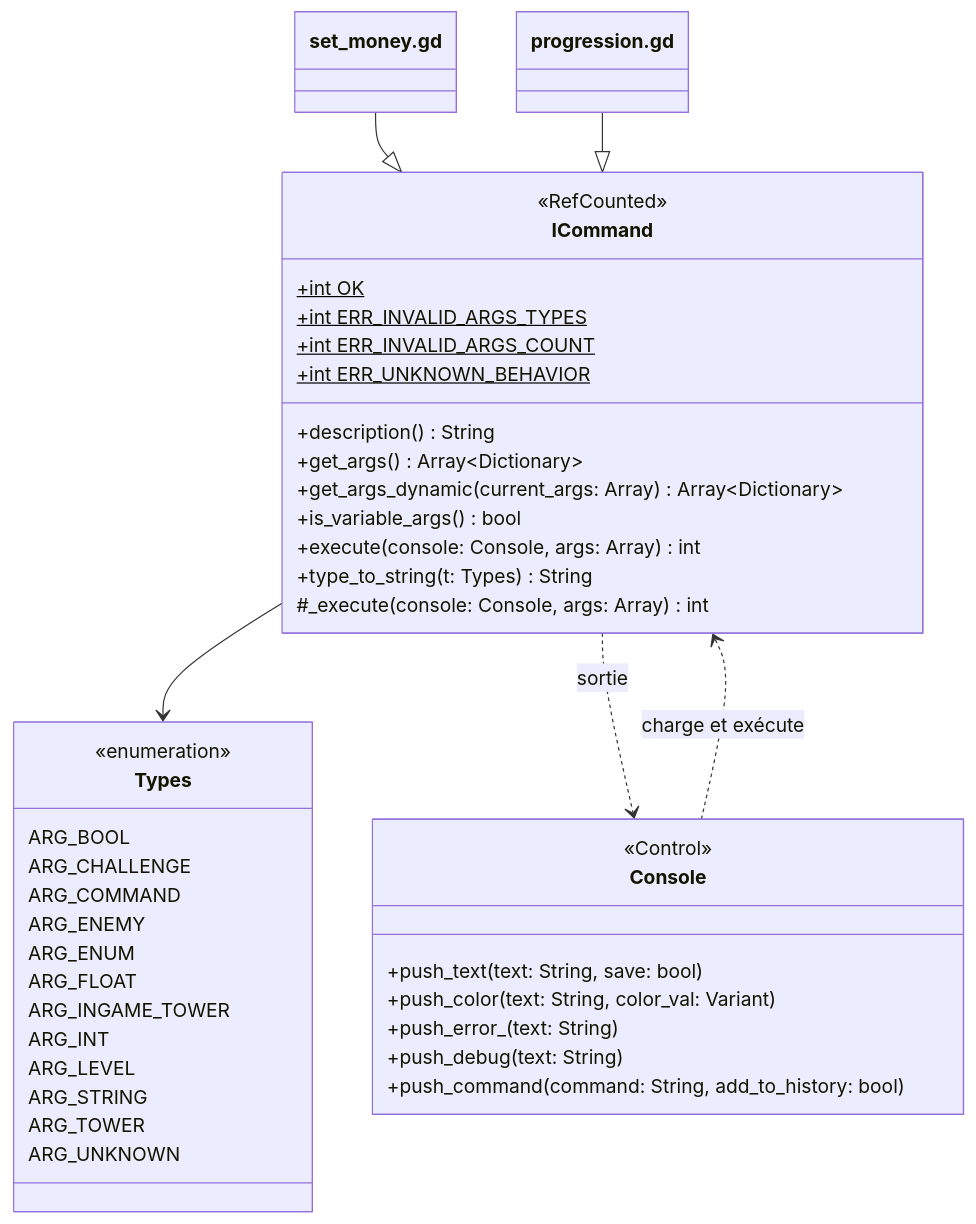
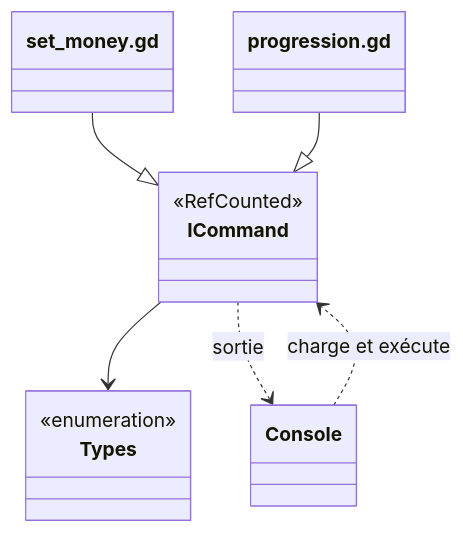
One commit to Cat-aclsym/documentation changed the diagram in src/content/docs/development/guides/console-commands.md. Above: the diagram before and after it, drawn with Mermaid. The commit also changed other lines of this file and 51 other files, not shown here.

Commit message:
docs: Add game sprites, Starlight components and simpler diagrams, with green links and an indented sidebar.

````diff
--- a/src/content/docs/development/guides/console-commands.md
+++ b/src/content/docs/development/guides/console-commands.md
@@ -20,48 +20,18 @@
 ```mermaid
 classDiagram
     class ICommand {
         <<RefCounted>>
-        +int OK$
-        +int ERR_INVALID_ARGS_TYPES$
-        +int ERR_INVALID_ARGS_COUNT$
-        +int ERR_UNKNOWN_BEHAVIOR$
-        +description() String
-        +get_args() Array~Dictionary~
-        +get_args_dynamic(current_args: Array) Array~Dictionary~
-        +is_variable_args() bool
-        +execute(console: Console, args: Array) int
-        +type_to_string(t: Types) String
-        #_execute(console: Console, args: Array) int
     }
     class Types {
         <<enumeration>>
-        ARG_BOOL
-        ARG_CHALLENGE
-        ARG_COMMAND
-        ARG_ENEMY
-        ARG_ENUM
-        ARG_FLOAT
-        ARG_INGAME_TOWER
-        ARG_INT
-        ARG_LEVEL
-        ARG_STRING
-        ARG_TOWER
-        ARG_UNKNOWN
     }
-    class Console {
-        <<Control>>
-        +push_text(text: String, save: bool)
-        +push_color(text: String, color_val: Variant)
-        +push_error_(text: String)
-        +push_debug(text: String)
-        +push_command(command: String, add_to_history: bool)
-    }
+    class Console
     class SetMoney["set_money.gd"]
     class Progression["progression.gd"]
 
     ICommand --> Types
     SetMoney --|> ICommand
     Progression --|> ICommand
     Console ..> ICommand : charge et exécute
     ICommand ..> Console : sortie
 ```
````
